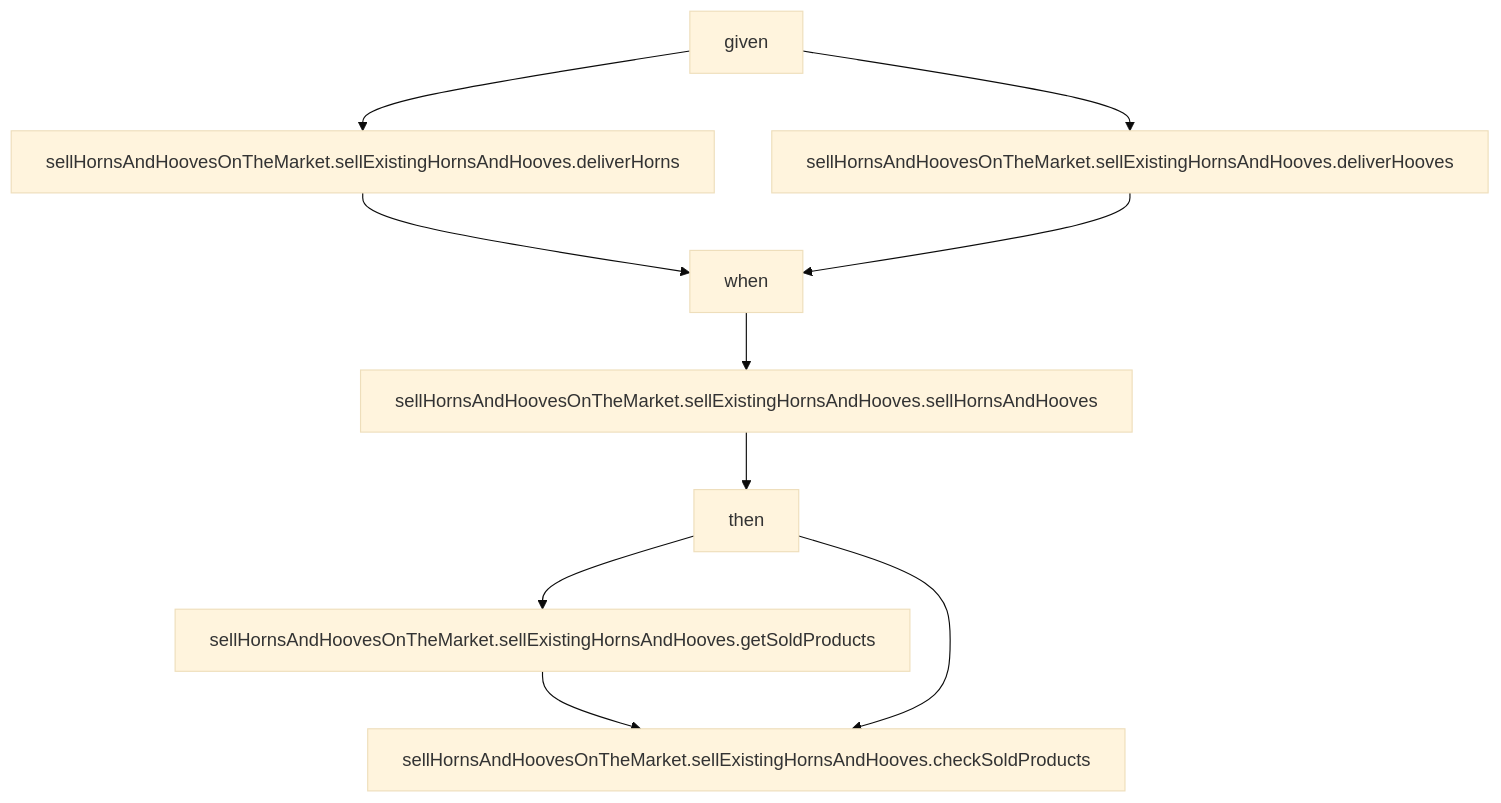
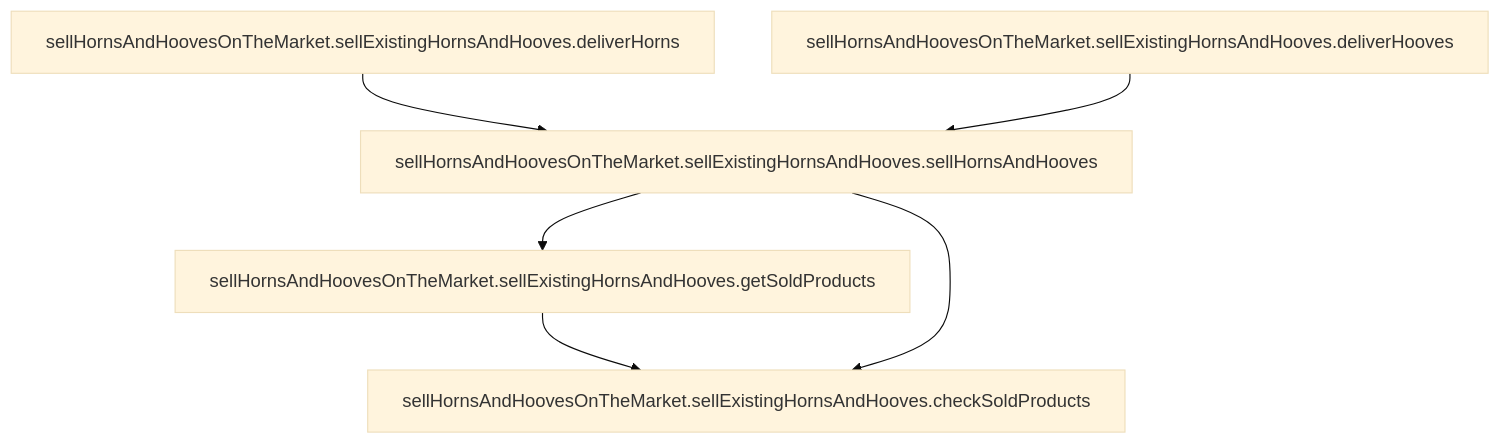
One commit to harpyd/thestis changed the third of 4 diagrams in README.md. Above: the diagram before and after it, drawn with Mermaid (base theme). The commit also changed other lines of this file, not shown here.

````diff
--- a/README.md
+++ b/README.md
@@ -128,12 +132,9 @@
 ```mermaid
 flowchart TD
-    given --> sellHornsAndHoovesOnTheMarket.sellExistingHornsAndHooves.deliverHorns
-    given --> sellHornsAndHoovesOnTheMarket.sellExistingHornsAndHooves.deliverHooves
-    sellHornsAndHoovesOnTheMarket.sellExistingHornsAndHooves.deliverHorns --> when
-    sellHornsAndHoovesOnTheMarket.sellExistingHornsAndHooves.deliverHooves --> when
-    when --> sellHornsAndHoovesOnTheMarket.sellExistingHornsAndHooves.sellHornsAndHooves
-    sellHornsAndHoovesOnTheMarket.sellExistingHornsAndHooves.sellHornsAndHooves --> then
-    then --> sellHornsAndHoovesOnTheMarket.sellExistingHornsAndHooves.getSoldProducts
+    sellHornsAndHoovesOnTheMarket.sellExistingHornsAndHooves.deliverHorns --> sellHornsAndHoovesOnTheMarket.sellExistingHornsAndHooves.sellHornsAndHooves
+    sellHornsAndHoovesOnTheMarket.sellExistingHornsAndHooves.deliverHooves --> sellHornsAndHoovesOnTheMarket.sellExistingHornsAndHooves.sellHornsAndHooves
+
+    sellHornsAndHoovesOnTheMarket.sellExistingHornsAndHooves.sellHornsAndHooves --> sellHornsAndHoovesOnTheMarket.sellExistingHornsAndHooves.getSoldProducts
     sellHornsAndHoovesOnTheMarket.sellExistingHornsAndHooves.getSoldProducts --> sellHornsAndHoovesOnTheMarket.sellExistingHornsAndHooves.checkSoldProducts
-    then --> sellHornsAndHoovesOnTheMarket.sellExistingHornsAndHooves.checkSoldProducts
+    sellHornsAndHoovesOnTheMarket.sellExistingHornsAndHooves.sellHornsAndHooves --> sellHornsAndHoovesOnTheMarket.sellExistingHornsAndHooves.checkSoldProducts
 ```
````
